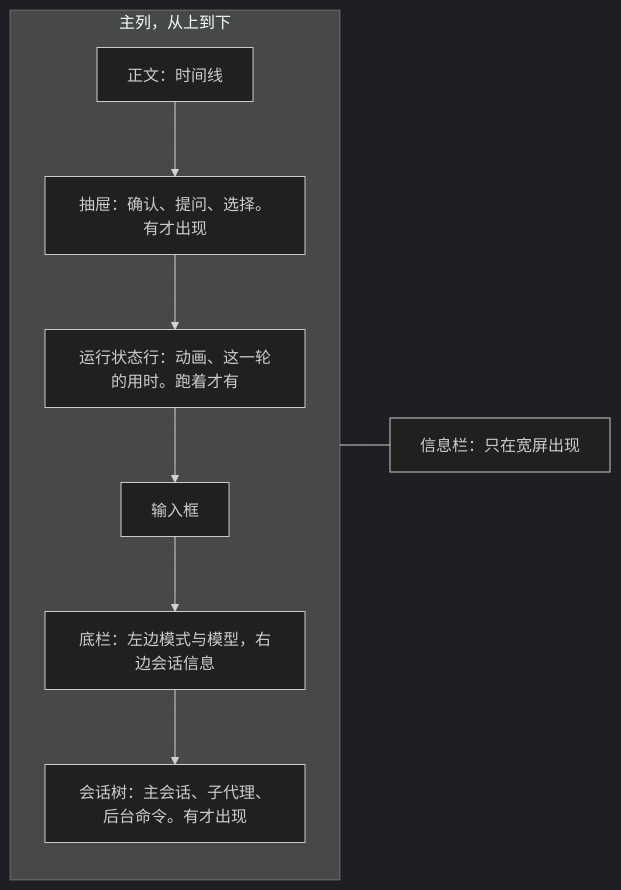
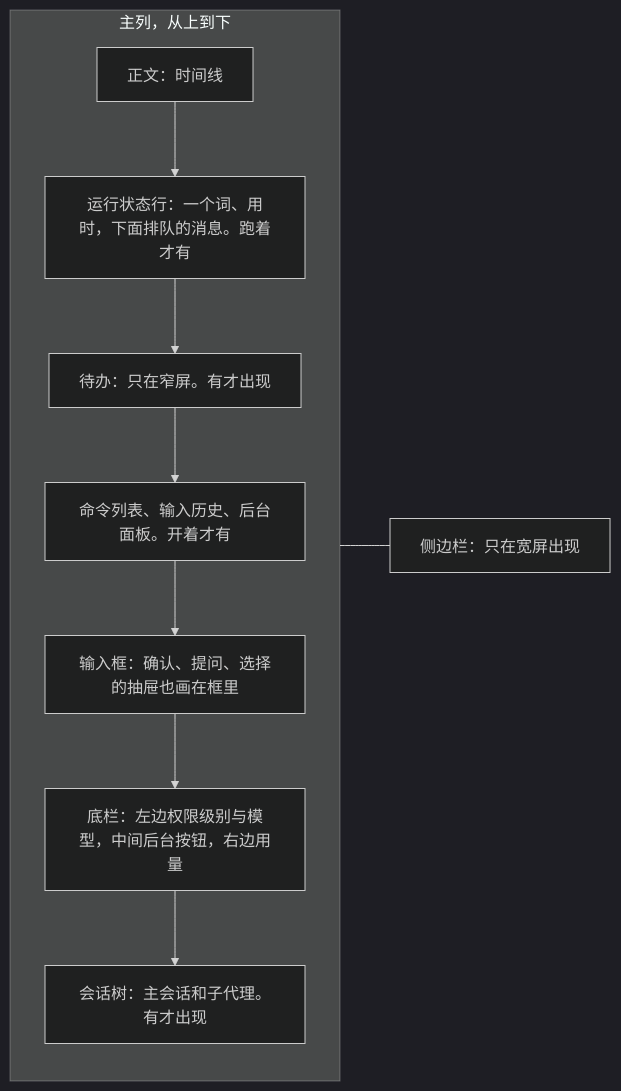
One commit to SHORiN-KiWATA/miyu-agent-remake changed the diagram in docs/designs/13-终端界面.md. Above: the diagram before and after it, drawn with Mermaid (dark theme). The commit also changed other lines of this file, not shown here.

First line of the commit message:
docs: 设计 13 照终端界面演示改：圆角输入框、Tab 三档轮换权限级别、后台按钮、侧边栏、@ 补全等 23 处

````diff
--- a/docs/designs/13-终端界面.md
+++ b/docs/designs/13-终端界面.md
@@ -22,13 +22,14 @@
 ```mermaid
 flowchart LR
     subgraph main["主列，从上到下"]
         direction TB
-        body["正文：时间线"] --> drawer["抽屉：确认、提问、选择。有才出现"]
-        drawer --> run["运行状态行：动画、这一轮的用时。跑着才有"]
-        run --> input["输入框"]
-        input --> footer["底栏：左边模式与模型，右边会话信息"]
-        footer --> tree["会话树：主会话、子代理、后台命令。有才出现"]
+        body["正文：时间线"] --> run["运行状态行：一个词、用时，下面排队的消息。跑着才有"]
+        run --> todo["待办：只在窄屏。有才出现"]
+        todo --> list["命令列表、输入历史、后台面板。开着才有"]
+        list --> input["输入框：确认、提问、选择的抽屉也画在框里"]
+        input --> footer["底栏：左边权限级别与模型，中间后台按钮，右边用量"]
+        footer --> tree["会话树：主会话和子代理。有才出现"]
     end
-    side["信息栏：只在宽屏出现"]
+    side["侧边栏：只在宽屏出现"]
     main --- side
 ```
````
